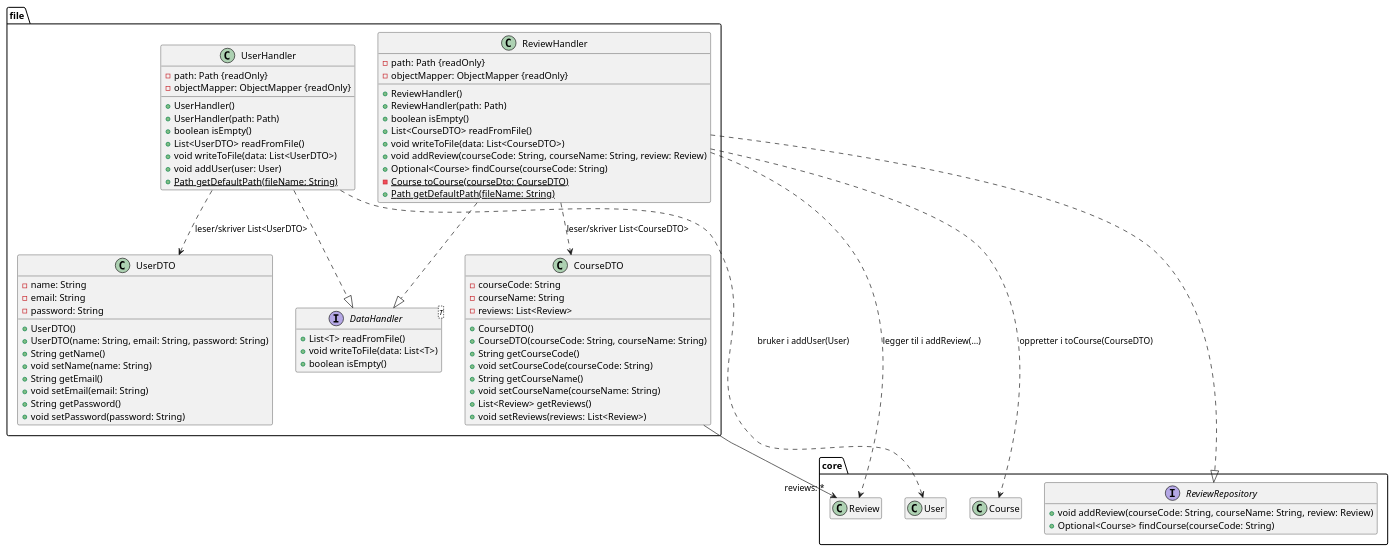
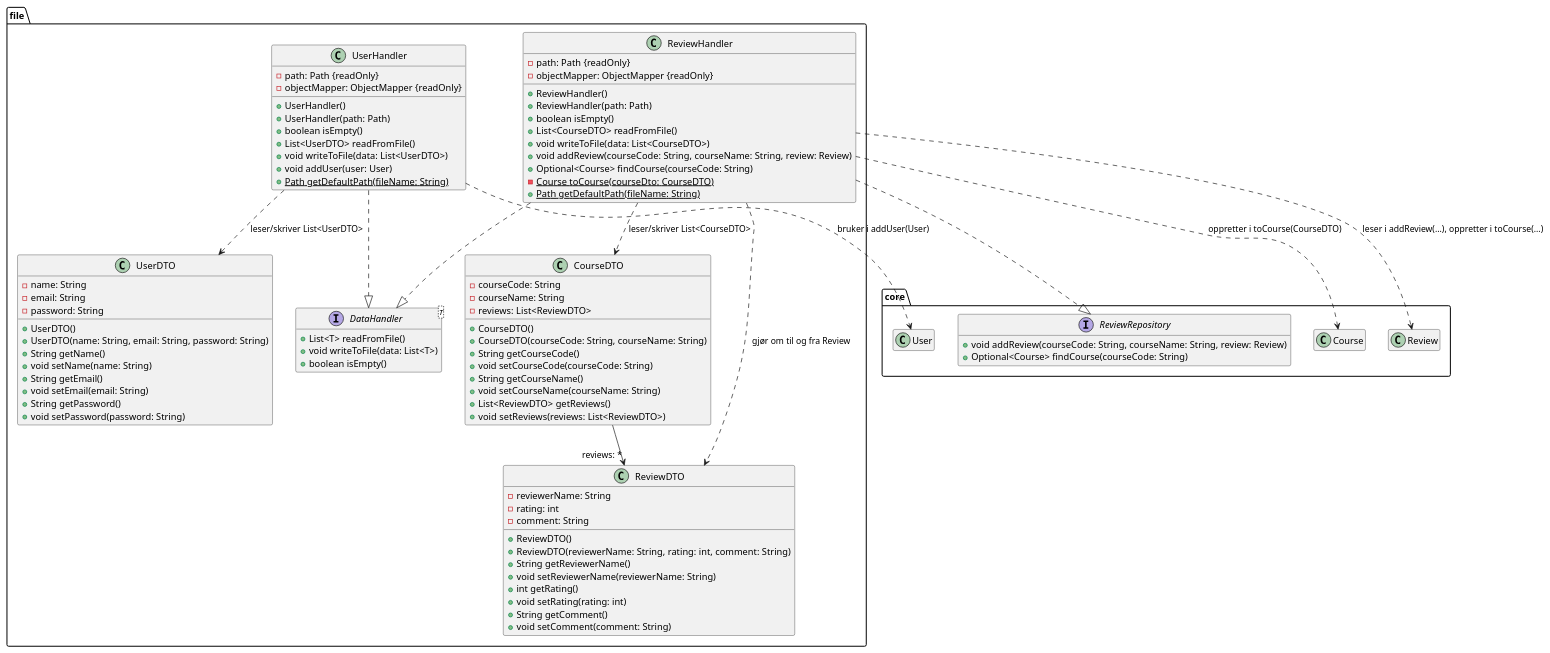
One commit to JesperBarosen/BIThub changed the diagram in arkitektur/klassediagramFile.puml. Above: the diagram before and after it, drawn with PlantUML. The commit also changed 3 other files, not shown here.

First line of the commit message:
Oppdater klassediagrammer med ReviewDTO

```diff
--- a/arkitektur/klassediagramFile.puml
+++ b/arkitektur/klassediagramFile.puml
@@ -1,88 +1,103 @@
 @startuml klassediagramFile
 hide empty members
 
 package core {
     interface ReviewRepository {
         + void addReview(courseCode: String, courseName: String, review: Review)
         + Optional<Course> findCourse(courseCode: String)
     }
     class Course
     class Review
     class User
 }
 
 package file {
 
     interface "DataHandler<T>" as DataHandler {
         + List<T> readFromFile()
         + void writeToFile(data: List<T>)
         + boolean isEmpty()
     }
 
     class ReviewHandler {
         - path: Path {readOnly}
         - objectMapper: ObjectMapper {readOnly}
         + ReviewHandler()
         + ReviewHandler(path: Path)
         + boolean isEmpty()
         + List<CourseDTO> readFromFile()
         + void writeToFile(data: List<CourseDTO>)
         + void addReview(courseCode: String, courseName: String, review: Review)
         + Optional<Course> findCourse(courseCode: String)
         - {static} Course toCourse(courseDto: CourseDTO)
         + {static} Path getDefaultPath(fileName: String)
     }
 
     class UserHandler {
         - path: Path {readOnly}
         - objectMapper: ObjectMapper {readOnly}
         + UserHandler()
         + UserHandler(path: Path)
         + boolean isEmpty()
         + List<UserDTO> readFromFile()
         + void writeToFile(data: List<UserDTO>)
         + void addUser(user: User)
         + {static} Path getDefaultPath(fileName: String)
     }
 
     class CourseDTO {
         - courseCode: String
         - courseName: String
-        - reviews: List<Review>
+        - reviews: List<ReviewDTO>
         + CourseDTO()
         + CourseDTO(courseCode: String, courseName: String)
         + String getCourseCode()
         + void setCourseCode(courseCode: String)
         + String getCourseName()
         + void setCourseName(courseName: String)
-        + List<Review> getReviews()
-        + void setReviews(reviews: List<Review>)
+        + List<ReviewDTO> getReviews()
+        + void setReviews(reviews: List<ReviewDTO>)
+    }
+
+    class ReviewDTO {
+        - reviewerName: String
+        - rating: int
+        - comment: String
+        + ReviewDTO()
+        + ReviewDTO(reviewerName: String, rating: int, comment: String)
+        + String getReviewerName()
+        + void setReviewerName(reviewerName: String)
+        + int getRating()
+        + void setRating(rating: int)
+        + String getComment()
+        + void setComment(comment: String)
     }
 
     class UserDTO {
         - name: String
         - email: String
         - password: String
         + UserDTO()
         + UserDTO(name: String, email: String, password: String)
         + String getName()
         + void setName(name: String)
         + String getEmail()
         + void setEmail(email: String)
         + String getPassword()
         + void setPassword(password: String)
     }
 
     ReviewHandler ..|> DataHandler
     UserHandler ..|> DataHandler
     ReviewHandler ..> CourseDTO : leser/skriver List<CourseDTO>
+    CourseDTO --> "reviews: *" ReviewDTO
+    ReviewHandler ..> ReviewDTO : gjør om til og fra Review
     UserHandler ..> UserDTO : leser/skriver List<UserDTO>
 }
 
 ReviewHandler ..|> ReviewRepository
-CourseDTO --> "reviews: *" Review
 ReviewHandler ..> Course : oppretter i toCourse(CourseDTO)
-ReviewHandler ..> Review : legger til i addReview(...)
+ReviewHandler ..> Review : leser i addReview(...), oppretter i toCourse(...)
 UserHandler ..> User : bruker i addUser(User)
 
 @enduml
```
